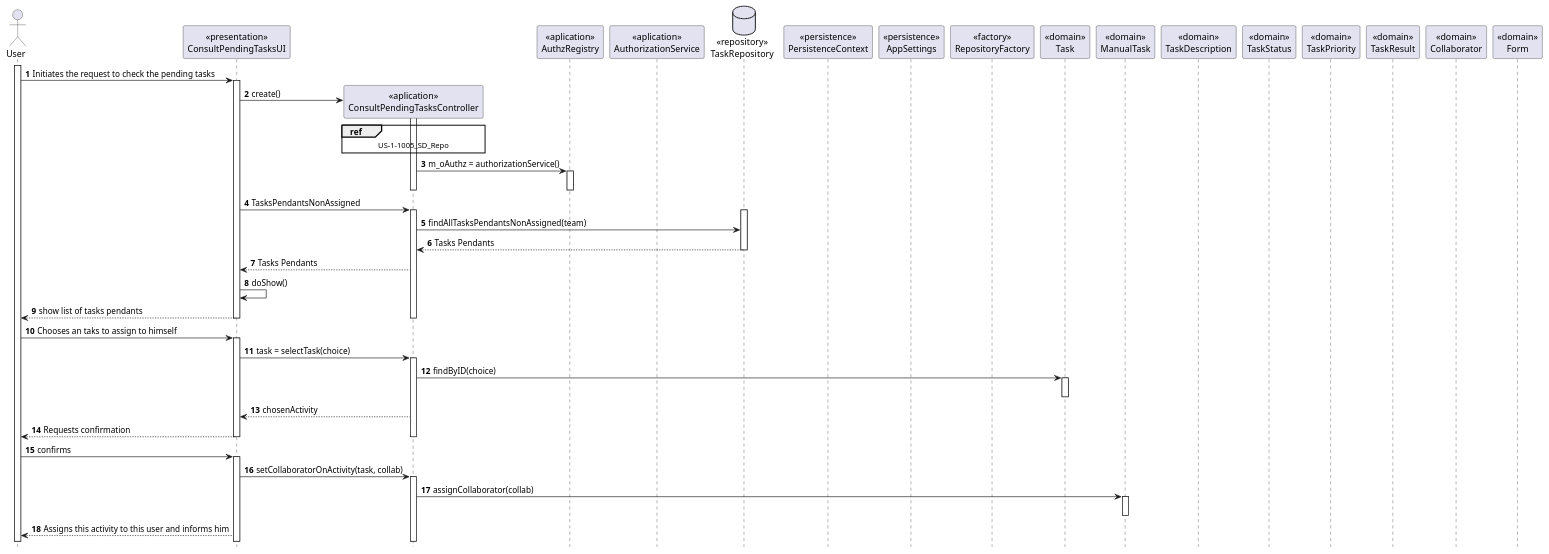
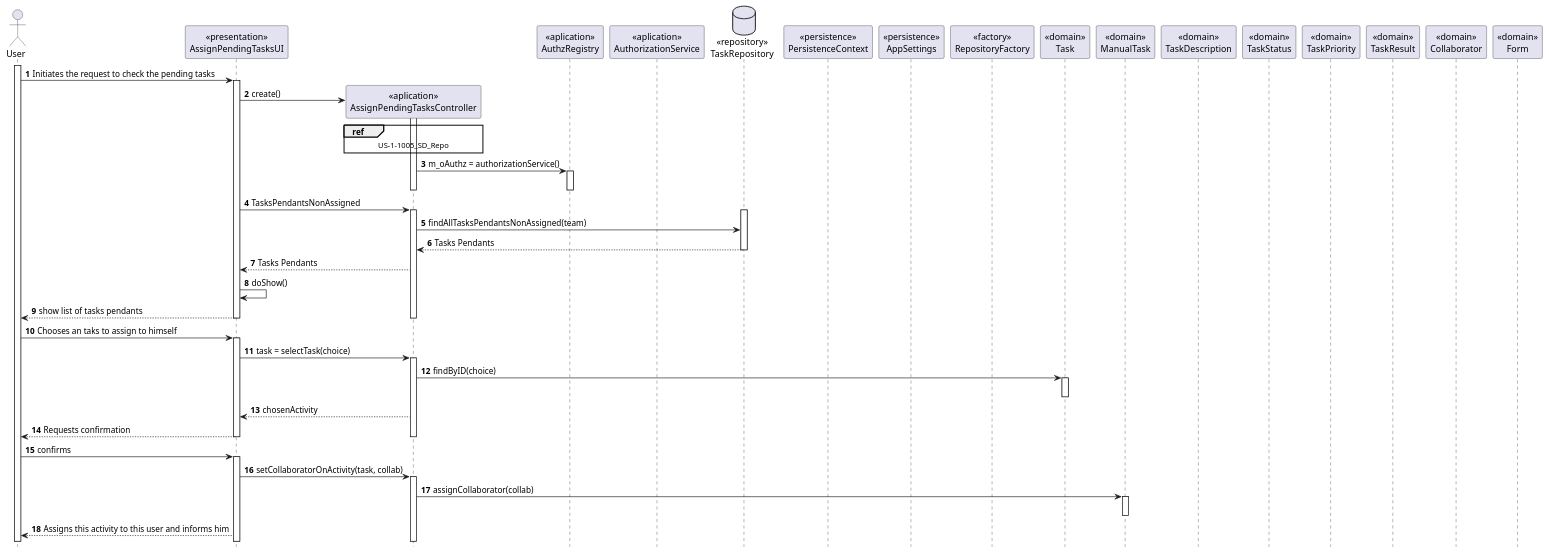
The diagram in doc/engenharia/SprintC/1190424/US1-1005/US-2-1005_SD_.puml (tiagoavcosta25/LAPR4), drawn with PlantUML before and after one commit. The commit also changed 1 other file, not shown here.

```diff
--- a/doc/engenharia/SprintC/1190424/US1-1005/US-2-1005_SD_.puml
+++ b/doc/engenharia/SprintC/1190424/US1-1005/US-2-1005_SD_.puml
@@ -3,75 +3,75 @@
 @startuml
 autonumber
 hide footbox
 
 actor "User" as USER
 
-participant "<<presentation>>\nConsultPendingTasksUI" as UI
-participant "<<aplication>>\nConsultPendingTasksController" as CTRL
+participant "<<presentation>>\nAssignPendingTasksUI" as UI
+participant "<<aplication>>\nAssignPendingTasksController" as CTRL
 participant "<<aplication>>\nAuthzRegistry" as AUTHR
 participant "<<aplication>>\nAuthorizationService" as AUTH
 database "<<repository>>\nTaskRepository" as TR
 participant "<<persistence>>\nPersistenceContext"
 participant "<<persistence>>\nAppSettings"
 participant "<<factory>>\nRepositoryFactory"
 participant "<<domain>>\nTask" as T
 participant "<<domain>>\nManualTask" as MT
 participant "<<domain>>\nTaskDescription"
 participant "<<domain>>\nTaskStatus"
 participant "<<domain>>\nTaskPriority"
 participant "<<domain>>\nTaskResult"
 participant "<<domain>>\nCollaborator"
 participant "<<domain>>\nForm"
 
 activate USER
 USER -> UI : Initiates the request to check the pending tasks
 
 activate UI
 UI -> CTRL** : create()
 
 activate CTRL
 ref over CTRL
 US-1-1005_SD_Repo
 end ref
 
 CTRL -> AUTHR : m_oAuthz = authorizationService()
 activate AUTHR
 deactivate CTRL
 deactivate AUTHR
 
 UI -> CTRL :TasksPendantsNonAssigned
 activate CTRL
 activate TR
 CTRL -> TR :findAllTasksPendantsNonAssigned(team)
 
 TR -->CTRL: Tasks Pendants
 deactivate TR
 CTRL -->UI : Tasks Pendants
 
 UI -> UI: doShow()
 
 UI --> USER: show list of tasks pendants
 deactivate CTRL
 deactivate UI
 USER->UI: Chooses an taks to assign to himself
 activate UI
 UI -> CTRL: task = selectTask(choice)
 activate CTRL
 CTRL -> T:  findByID(choice)
 activate T
 deactivate T
 CTRL -->UI: chosenActivity
 
 UI --> USER: Requests confirmation
 deactivate CTRL
 deactivate UI
 USER -> UI: confirms
 activate UI
  UI-> CTRL: setCollaboratorOnActivity(task, collab)
  activate CTRL
   CTRL -> MT: assignCollaborator(collab)
  activate MT
  deactivate MT
  UI-->USER : Assigns this activity to this user and informs him
 
 @enduml
```
